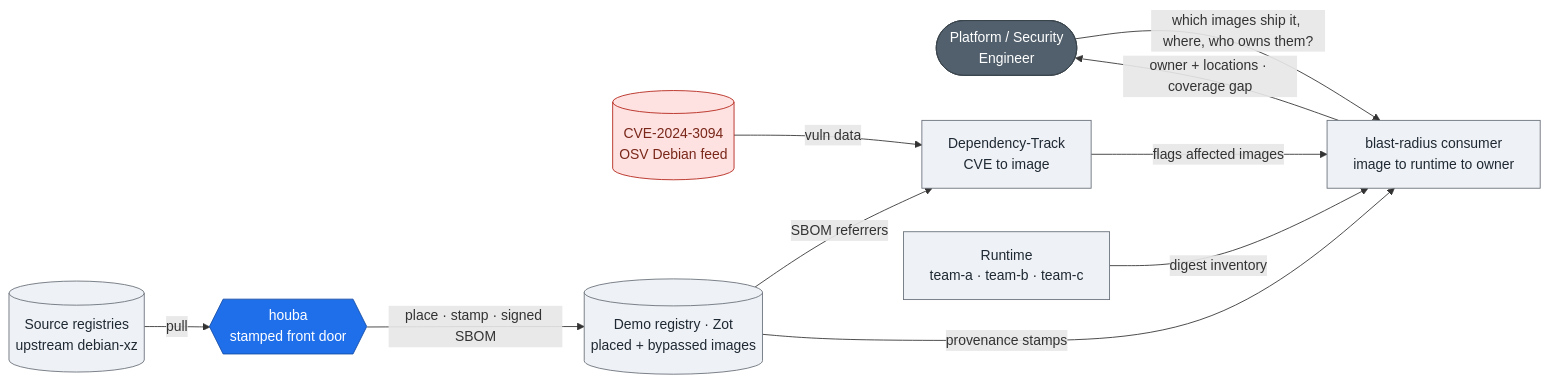
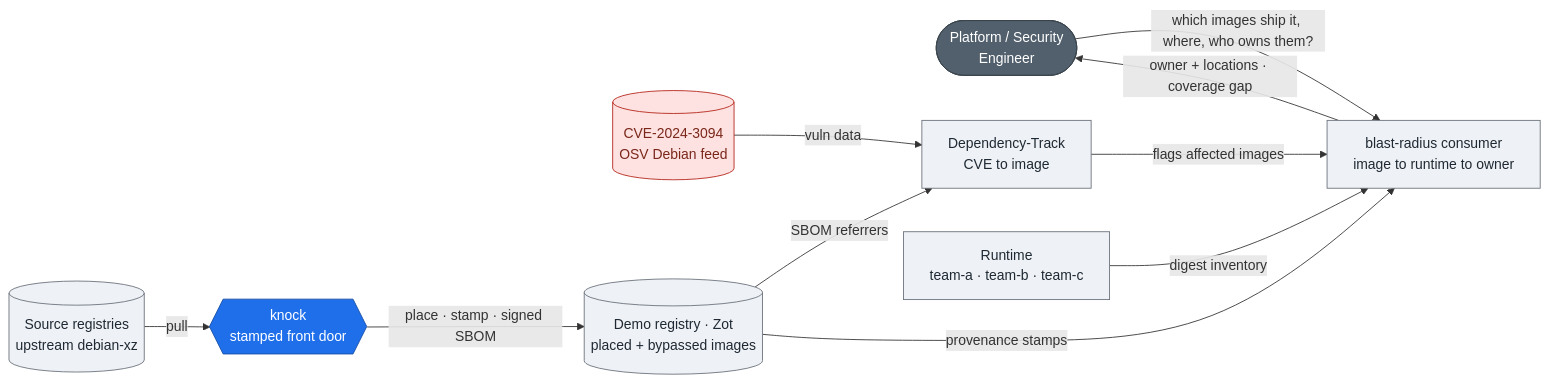
One commit to trivoallan/knock changed the first of 2 diagrams in docs/examples/reference/debian-xz/DEMO.md. Above: the diagram before and after it, drawn with Mermaid. The commit also changed other lines of this file and 484 other files, not shown here.

First line of the commit message:
refactor!: rename houba → knock (knock-oci on PyPI; KNOCK_/io.knock contracts) (#193)

````diff
--- a/docs/examples/reference/debian-xz/DEMO.md
+++ b/docs/examples/reference/debian-xz/DEMO.md
@@ -18,26 +18,26 @@
 ```mermaid
 flowchart LR
   eng([Platform / Security<br/>Engineer]):::person
   cve[(CVE-2024-3094<br/>OSV Debian feed)]:::feed
   src[(Source registries<br/>upstream debian-xz)]:::ext
-  houba{{houba<br/>stamped front door}}:::core
+  knock{{knock<br/>stamped front door}}:::core
   reg[(Demo registry · Zot<br/>placed + bypassed images)]:::ext
   dt[Dependency-Track<br/>CVE to image]:::ext
   blast[blast-radius consumer<br/>image to runtime to owner]:::ext
   runtime[Runtime<br/>team-a · team-b · team-c]:::ext
 
   eng -->|which images ship it, where, who owns them?| blast
-  src -->|pull| houba
-  houba -->|place · stamp · signed SBOM| reg
+  src -->|pull| knock
+  knock -->|place · stamp · signed SBOM| reg
   reg -->|SBOM referrers| dt
   cve -->|vuln data| dt
   dt -->|flags affected images| blast
   reg -->|provenance stamps| blast
   runtime -->|digest inventory| blast
   blast -->|owner + locations · coverage gap| eng
 
   classDef person fill:#52606d,stroke:#39434c,color:#fff;
   classDef core fill:#1f6feb,stroke:#154da4,color:#fff;
   classDef ext fill:#eef1f5,stroke:#69707a,color:#1f2933;
   classDef feed fill:#fde2e1,stroke:#b42318,color:#7a271a;
 ```
````
